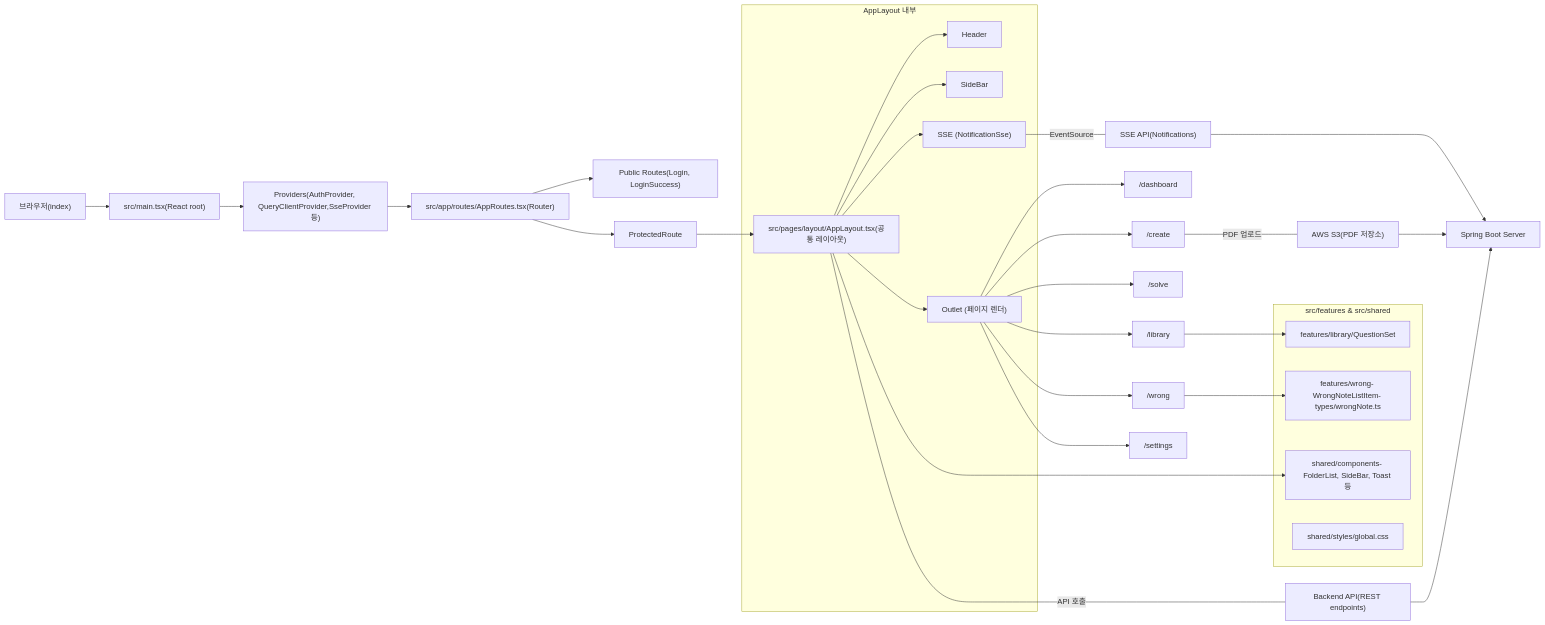
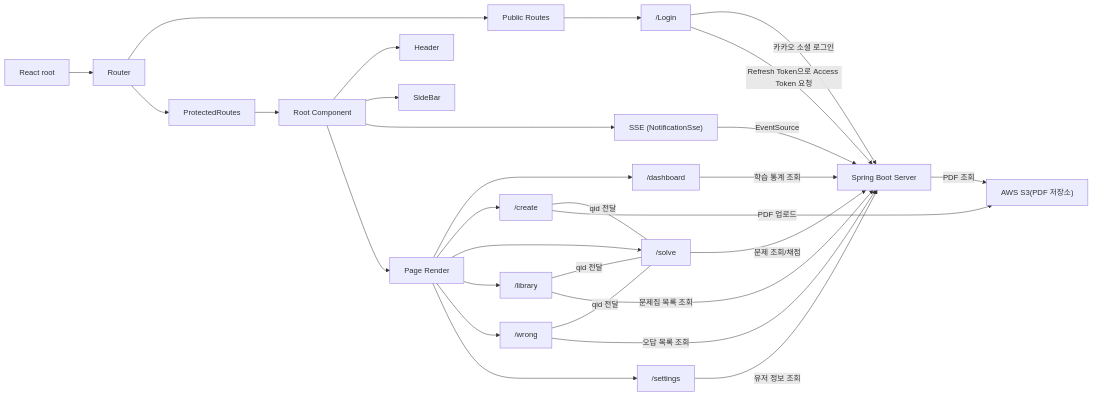
Before and after one commit to Hyeonjun0527/Team2_FE: the diagram in README.md, drawn with Mermaid. The commit also changed 3 other files, not shown here.

````diff
--- a/README.md
+++ b/README.md
@@ -135,41 +135,37 @@
 ```mermaid
 graph LR
-  Browser["브라우저(index)"] --> Main["src/main.tsx(React root)"]
-  Main --> Providers["Providers(AuthProvider, QueryClientProvider,SseProvider 등)"]
-  Providers --> AppRoutes["src/app/routes/AppRoutes.tsx(Router)"]
-  AppRoutes --> Public["Public Routes(Login, LoginSuccess)"]
-  AppRoutes --> Protected["ProtectedRoute"]
-  Protected --> AppLayout["src/pages/layout/AppLayout.tsx(공통 레이아웃)"]
+  Main["React root"]
+  Main --> AppRoutes["Router"]
+  AppRoutes --> Public["Public Routes"]
+  Public --> Login["/Login"]
+  AppRoutes --> Protected["ProtectedRoutes"]
+  Protected --> AppLayout["Root Component"]
 
-  subgraph LayoutChildren [AppLayout 내부]
-    AppLayout --> Header["Header"]
-    AppLayout --> SideBar["SideBar"]
-    AppLayout --> SSE["SSE (NotificationSse)"]
-    AppLayout --> Outlet["Outlet (페이지 렌더)"]
-  end
+  AppLayout --> Header["Header"]
+  AppLayout --> SideBar["SideBar"]
+  AppLayout --> SSE["SSE (NotificationSse)"]
+  AppLayout --> Outlet["Page Render"]
 
   Outlet --> Dashboard["/dashboard"]
   Outlet --> Create["/create"]
   Outlet --> Solve["/solve"]
   Outlet --> Library["/library"]
   Outlet --> Wrong["/wrong"]
   Outlet --> Settings["/settings"]
 
-  subgraph FrontFeatures [src/features & src/shared]
-    WrongFeature["features/wrong- WrongNoteListItem- types/wrongNote.ts"]
-    LibraryFeature["features/library/QuestionSet"]
-    SharedComp["shared/components- FolderList, SideBar, Toast 등"]
-    Styles["shared/styles/global.css"]
-  end
+  Library ---|"qid 전달"| Solve
+  Wrong ---|"qid 전달"| Solve
+  Create ---|"qid 전달"| Solve
 
-  Library --> LibraryFeature
-  Wrong --> WrongFeature
-  AppLayout --> SharedComp
+  Login -->|"카카오 소셜 로그인"| Server
+  Login -->|"Refresh Token으로 Access Token 요청"| Server
 
-  AppLayout ---|API 호출| API["Backend API(REST endpoints)"]
-  Create ---|PDF 업로드| S3["AWS S3(PDF 저장소)"]
-  SSE ---|EventSource| Notifications["SSE API(Notifications)"]
-  API --> Server["Spring Boot Server"]
-  Notifications --> Server
-  S3 --> Server
+  Dashboard -->|"학습 통계 조회"| Server["Spring Boot Server"]
+  Library -->|"문제집 목록 조회"| Server
+  Wrong -->|"오답 목록 조회"| Server
+  Solve -->|"문제 조회/채점"| Server
+  Settings -->|"유저 정보 조회"| Server
+  Create -->|"PDF 업로드"| S3["AWS S3(PDF 저장소)"]
+  SSE -->|"EventSource"| Server
+  Server -->|"PDF 조회"| S3
 ```
````
